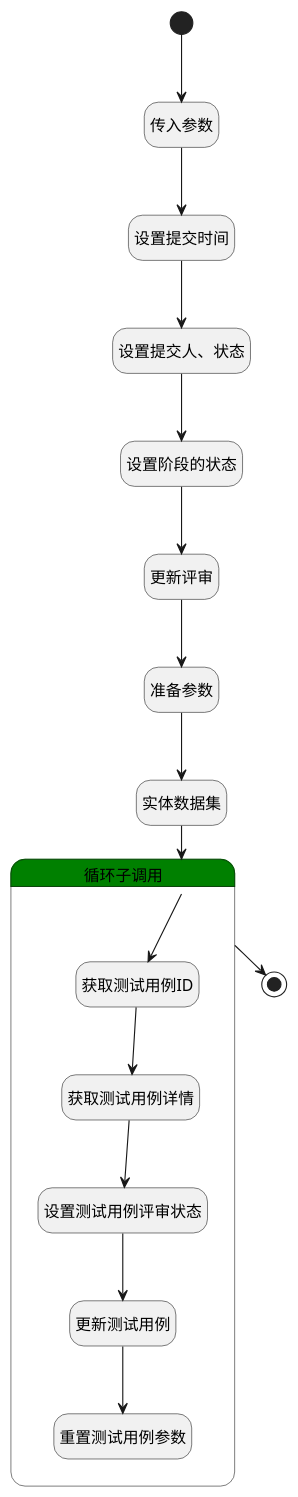
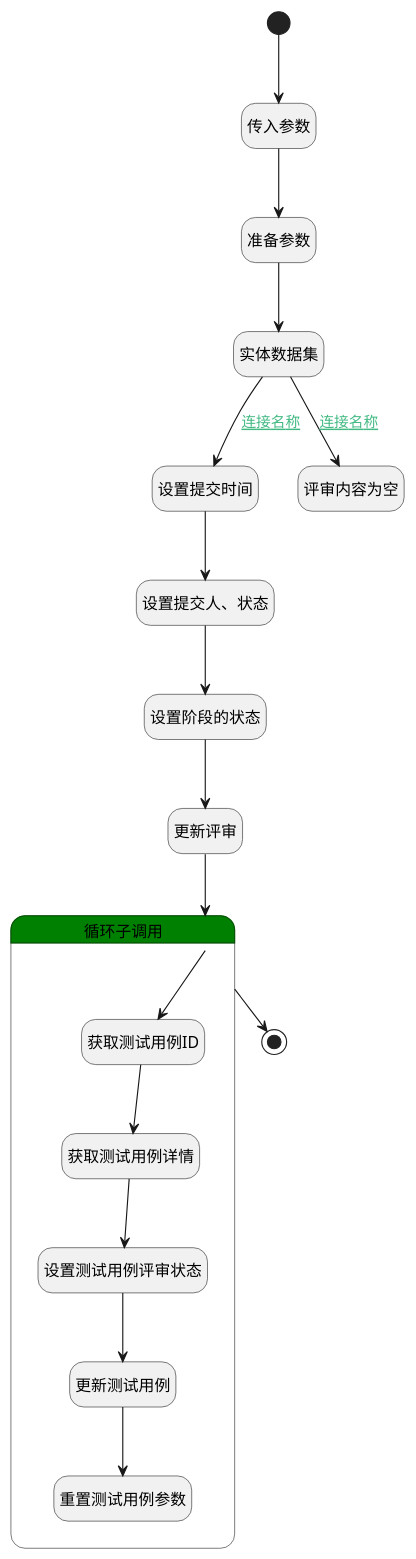
Before and after one commit to iBizLab/plm: the diagram in doc/docsify/module/TestMgmt/review/logic/submit_review.md, drawn with PlantUML. The commit also changed other lines of this file and 2688 other files, not shown here.

````diff
--- a/doc/docsify/module/TestMgmt/review/logic/submit_review.md
+++ b/doc/docsify/module/TestMgmt/review/logic/submit_review.md
@@ -7,46 +7,48 @@
 ```plantuml
 @startuml
 hide empty description
 <style>
 root {
   HyperlinkColor #42b983
 }
 </style>
 
 hide empty description
 state "开始" as Begin <<start>> [[$./submit_review#begin {"开始"}]]
 state "设置提交时间" as RAWSFCODE1  [[$./submit_review#rawsfcode1 {"设置提交时间"}]]
 state "设置提交人、状态" as PREPAREPARAM1  [[$./submit_review#prepareparam1 {"设置提交人、状态"}]]
 state "设置阶段的状态" as PREPAREPARAM2  [[$./submit_review#prepareparam2 {"设置阶段的状态"}]]
 state "更新评审" as DEACTION1  [[$./submit_review#deaction1 {"更新评审"}]]
 state "传入参数" as DEBUGPARAM1  [[$./submit_review#debugparam1 {"传入参数"}]]
+state "实体数据集" as DEDATASET1  [[$./submit_review#dedataset1 {"实体数据集"}]]
 state "准备参数" as PREPAREPARAM3  [[$./submit_review#prepareparam3 {"准备参数"}]]
-state "实体数据集" as DEDATASET1  [[$./submit_review#dedataset1 {"实体数据集"}]]
 state "结束" as END1 <<end>> [[$./submit_review#end1 {"结束"}]]
+state "评审内容为空" as THROWEXCEPTION1  [[$./submit_review#throwexception1 {"评审内容为空"}]]
 state "循环子调用" as LOOPSUBCALL1  [[$./submit_review#loopsubcall1 {"循环子调用"}]] #green {
 state "获取测试用例ID" as PREPAREPARAM4  [[$./submit_review#prepareparam4 {"获取测试用例ID"}]]
 state "获取测试用例详情" as DEACTION2  [[$./submit_review#deaction2 {"获取测试用例详情"}]]
 state "设置测试用例评审状态" as PREPAREPARAM5  [[$./submit_review#prepareparam5 {"设置测试用例评审状态"}]]
 state "更新测试用例" as DEACTION3  [[$./submit_review#deaction3 {"更新测试用例"}]]
 state "重置测试用例参数" as RESETPARAM1  [[$./submit_review#resetparam1 {"重置测试用例参数"}]]
 }
 
 
 Begin --> DEBUGPARAM1
-DEBUGPARAM1 --> RAWSFCODE1
+DEBUGPARAM1 --> PREPAREPARAM3
+PREPAREPARAM3 --> DEDATASET1
+DEDATASET1 --> RAWSFCODE1 : [[$./submit_review#dedataset1-rawsfcode1{连接名称} 连接名称]]
 RAWSFCODE1 --> PREPAREPARAM1
 PREPAREPARAM1 --> PREPAREPARAM2
 PREPAREPARAM2 --> DEACTION1
-DEACTION1 --> PREPAREPARAM3
-PREPAREPARAM3 --> DEDATASET1
-DEDATASET1 --> LOOPSUBCALL1
+DEACTION1 --> LOOPSUBCALL1
 LOOPSUBCALL1 --> PREPAREPARAM4
 PREPAREPARAM4 --> DEACTION2
 DEACTION2 --> PREPAREPARAM5
 PREPAREPARAM5 --> DEACTION3
 DEACTION3 --> RESETPARAM1
 LOOPSUBCALL1 --> END1
+DEDATASET1 --> THROWEXCEPTION1 : [[$./submit_review#dedataset1-throwexception1{连接名称} 连接名称]]
 
 
 @enduml
 ```
````
